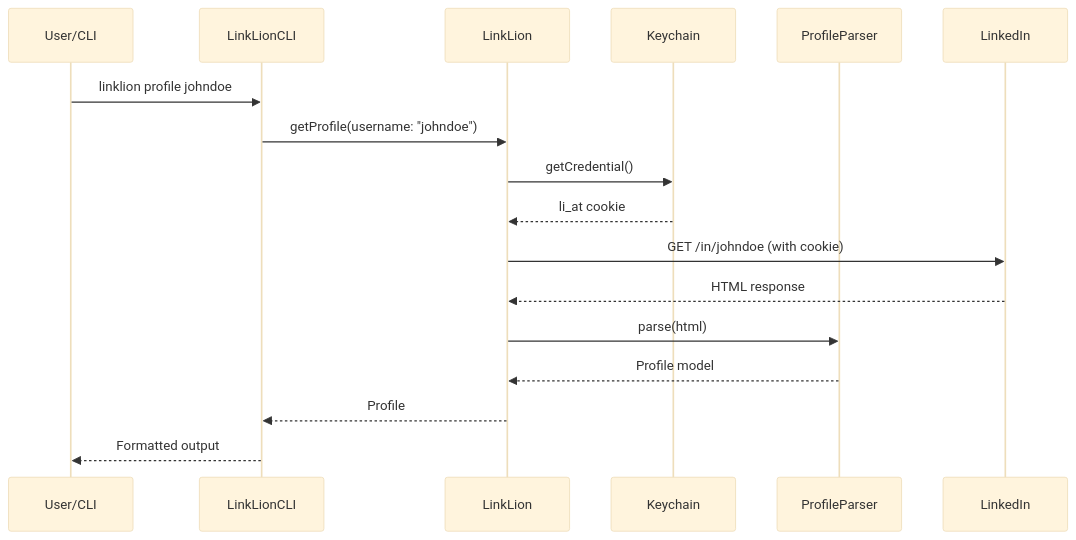
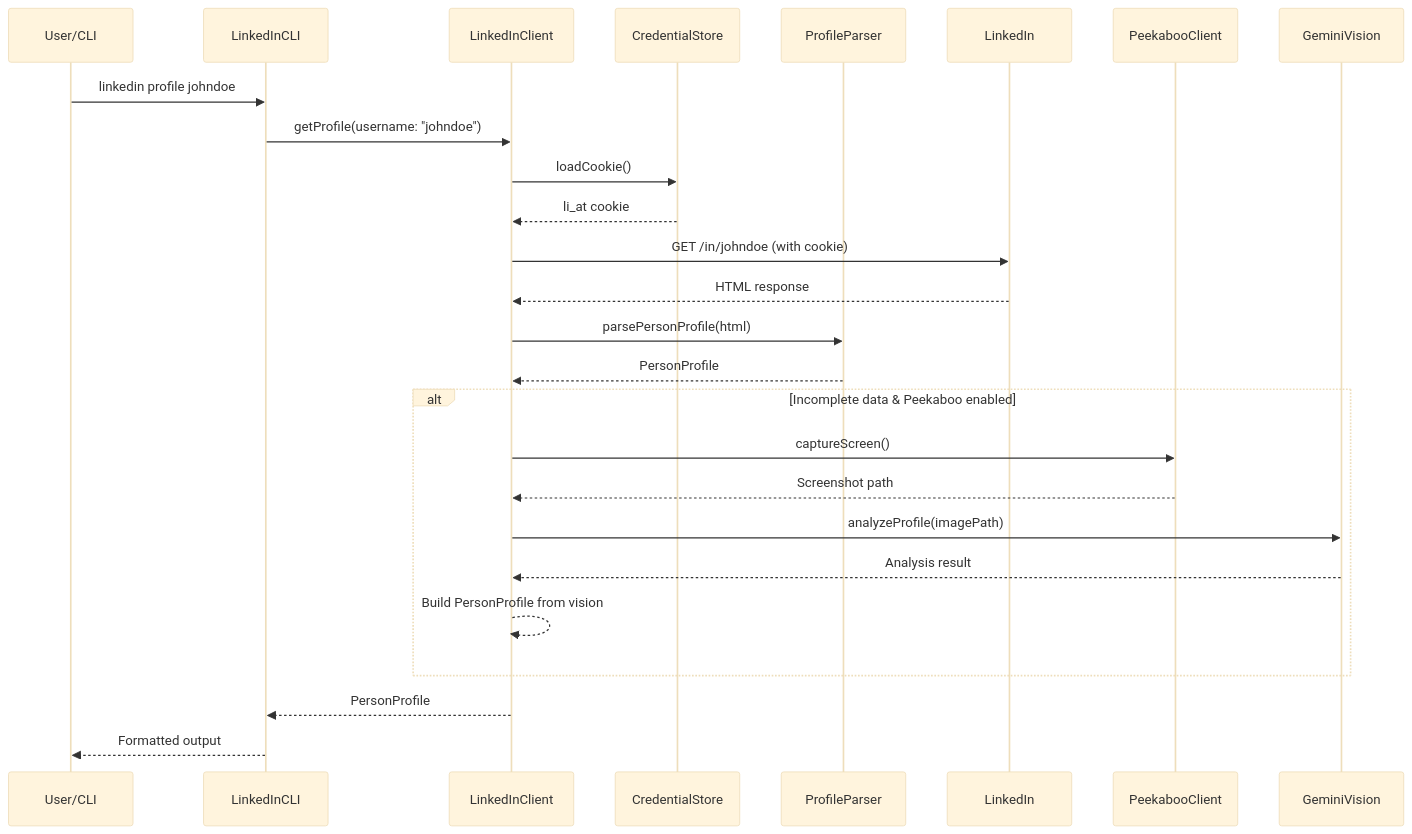
One commit to RyanLisse/LinkedFish changed the first of 4 diagrams in docs/ARCHITECTURE.md. Above: the diagram before and after it, drawn with Mermaid (base theme). The commit also changed other lines of this file and 4 other files, not shown here.

````diff
--- a/docs/ARCHITECTURE.md
+++ b/docs/ARCHITECTURE.md
@@ -88,20 +165,31 @@
 ```mermaid
 sequenceDiagram
     participant U as User/CLI
-    participant C as LinkLionCLI
-    participant L as LinkLion
-    participant K as Keychain
+    participant C as LinkedInCLI
+    participant L as LinkedInClient
+    participant K as CredentialStore
     participant P as ProfileParser
     participant LI as LinkedIn
+    participant PK as PeekabooClient
+    participant GV as GeminiVision
 
-    U->>C: linklion profile johndoe
+    U->>C: linkedin profile johndoe
     C->>L: getProfile(username: "johndoe")
-    L->>K: getCredential()
+    L->>K: loadCookie()
     K-->>L: li_at cookie
     L->>LI: GET /in/johndoe (with cookie)
     LI-->>L: HTML response
-    L->>P: parse(html)
-    P-->>L: Profile model
-    L-->>C: Profile
+    L->>P: parsePersonProfile(html)
+    P-->>L: PersonProfile
+
+    alt Incomplete data & Peekaboo enabled
+        L->>PK: captureScreen()
+        PK-->>L: Screenshot path
+        L->>GV: analyzeProfile(imagePath)
+        GV-->>L: Analysis result
+        L-->>L: Build PersonProfile from vision
+    end
+
+    L-->>C: PersonProfile
     C-->>U: Formatted output
 ```
````
